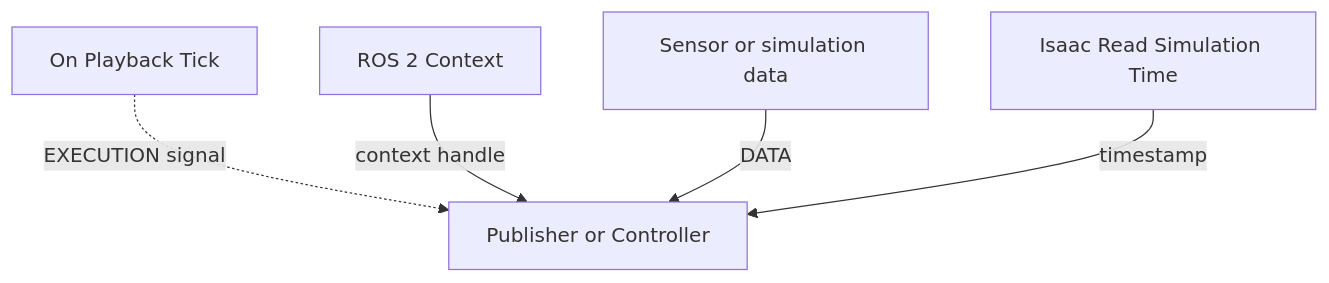
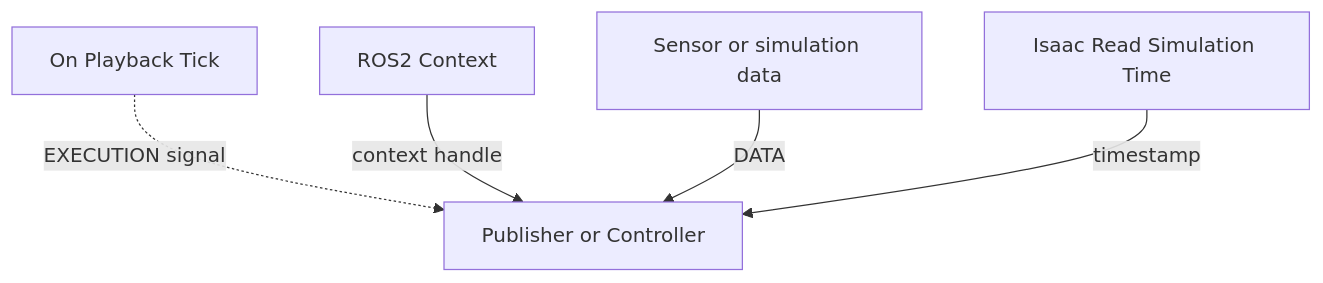
The first of 14 diagrams in _teaching/Robotics-Systems-I/labs/lab-03-isaac-sim/index.md (Tatwik19/Tatwik19.github.io), drawn with Mermaid before and after one commit. The commit also changed other lines of this file, not shown here.

````diff
--- a/_teaching/Robotics-Systems-I/labs/lab-03-isaac-sim/index.md
+++ b/_teaching/Robotics-Systems-I/labs/lab-03-isaac-sim/index.md
@@ -641,7 +655,7 @@
 ```mermaid
 flowchart TD
     Tick["On Playback Tick"] -.->|"EXECUTION signal"| Publish["Publisher or Controller"]
-    Context["ROS 2 Context"] -->|"context handle"| Publish
+    Context["ROS2 Context"] -->|"context handle"| Publish
     Data["Sensor or simulation data"] -->|"DATA"| Publish
     Time["Isaac Read Simulation Time"] -->|"timestamp"| Publish
 ```
````
